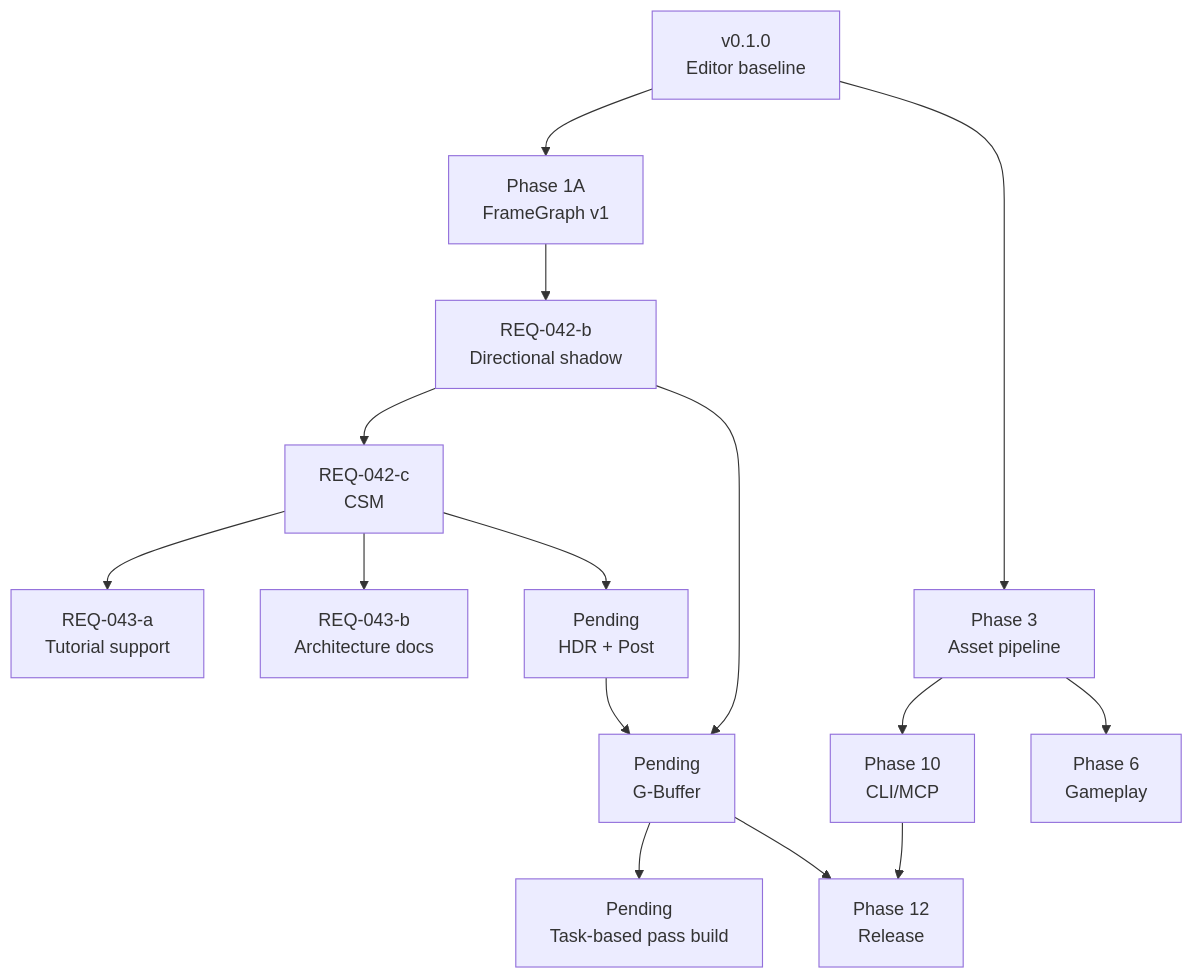
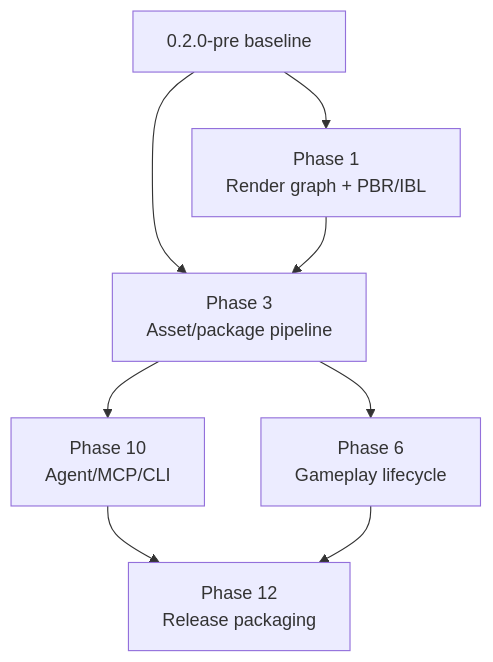
Before and after one commit to crackhopper/LXEngine: the diagram in notes/roadmaps/main-roadmap/README.md, drawn with Mermaid. The commit also changed other lines of this file and 170 other files, not shown here.

Commit message:
docs: hard cut notes for 0.2.0-pre baseline

````diff
--- a/notes/roadmaps/main-roadmap/README.md
+++ b/notes/roadmaps/main-roadmap/README.md
@@ -61,31 +36,17 @@
 ```mermaid
 flowchart TD
-    v010["v0.1.0<br/>Editor baseline"]
-    fg["Phase 1A<br/>FrameGraph v1"]
-    shadow["REQ-042-b<br/>Directional shadow"]
-    csm["REQ-042-c<br/>CSM"]
-    tutorial["REQ-043-a<br/>Tutorial support"]
-    arch["REQ-043-b<br/>Architecture docs"]
-    hdr["Pending<br/>HDR + Post"]
-    gbuf["Pending<br/>G-Buffer"]
-    task["Pending<br/>Task-based pass build"]
-    assets["Phase 3<br/>Asset pipeline"]
-    cli["Phase 10<br/>CLI/MCP"]
-    gameplay["Phase 6<br/>Gameplay"]
-    release["Phase 12<br/>Release"]
+    base["0.2.0-pre baseline"]
+    render["Phase 1<br/>Render graph + PBR/IBL"]
+    assets["Phase 3<br/>Asset/package pipeline"]
+    agent["Phase 10<br/>Agent/MCP/CLI"]
+    gameplay["Phase 6<br/>Gameplay lifecycle"]
+    release["Phase 12<br/>Release packaging"]
 
-    v010 --> fg
-    fg --> shadow
-    shadow --> csm
-    csm --> tutorial
-    csm --> arch
-    csm --> hdr
-    shadow --> gbuf
-    hdr --> gbuf
-    gbuf --> task
-    v010 --> assets
-    assets --> cli
+    base --> render
+    base --> assets
+    render --> assets
+    assets --> agent
     assets --> gameplay
-    cli --> release
-    gbuf --> release
+    agent --> release
+    gameplay --> release
 ```
````
